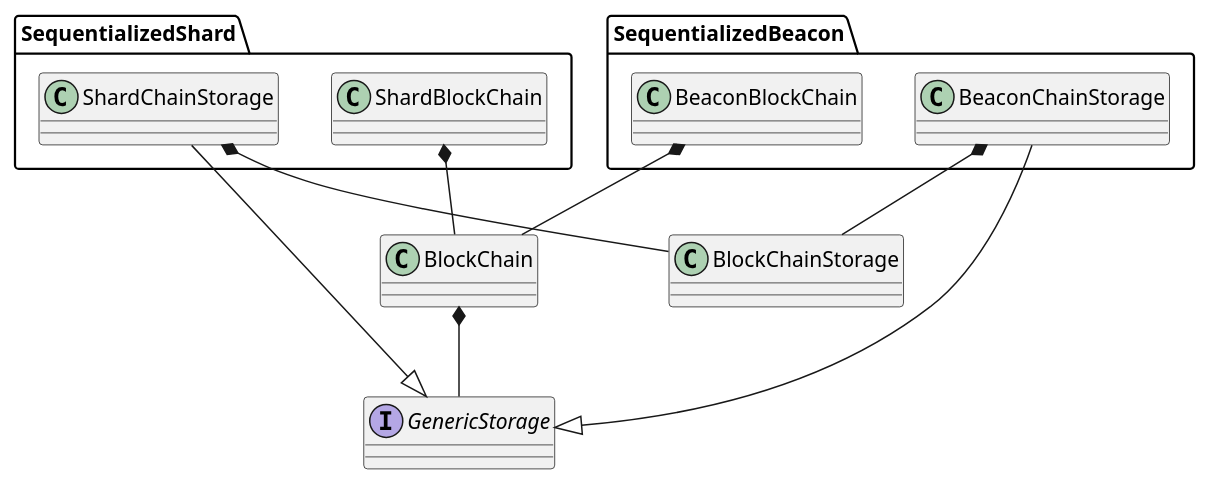
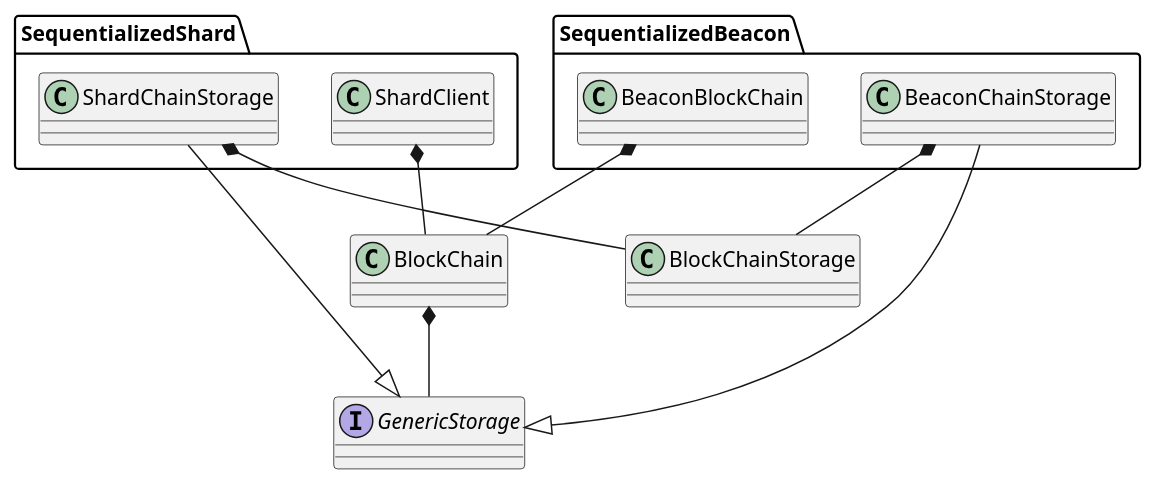
Before and after one commit to near/nearcore: the diagram in node/client/docs/client_storage.puml, drawn with PlantUML. The commit also changed 7 other files, not shown here.

Commit message:
renaming ShardBlockChain to ShardClient

```diff
--- a/node/client/docs/client_storage.puml
+++ b/node/client/docs/client_storage.puml
@@ -1,31 +1,31 @@
 @startuml
 
 class BlockChainStorage
 
 interface GenericStorage
 
 
 class BlockChain
 BlockChain *-- GenericStorage
 
 package SequentializedBeacon {
 class BeaconChainStorage
 GenericStorage <|-- BeaconChainStorage
 BeaconChainStorage *-- BlockChainStorage
 
 class BeaconBlockChain
 BeaconBlockChain *-- BlockChain
 }
 
 package SequentializedShard {
 class ShardChainStorage
 GenericStorage <|-- ShardChainStorage
 ShardChainStorage *-- BlockChainStorage
 
 
-class ShardBlockChain
-ShardBlockChain *-- BlockChain
+class ShardClient
+ShardClient *-- BlockChain
 }
 
 
 @enduml
```
